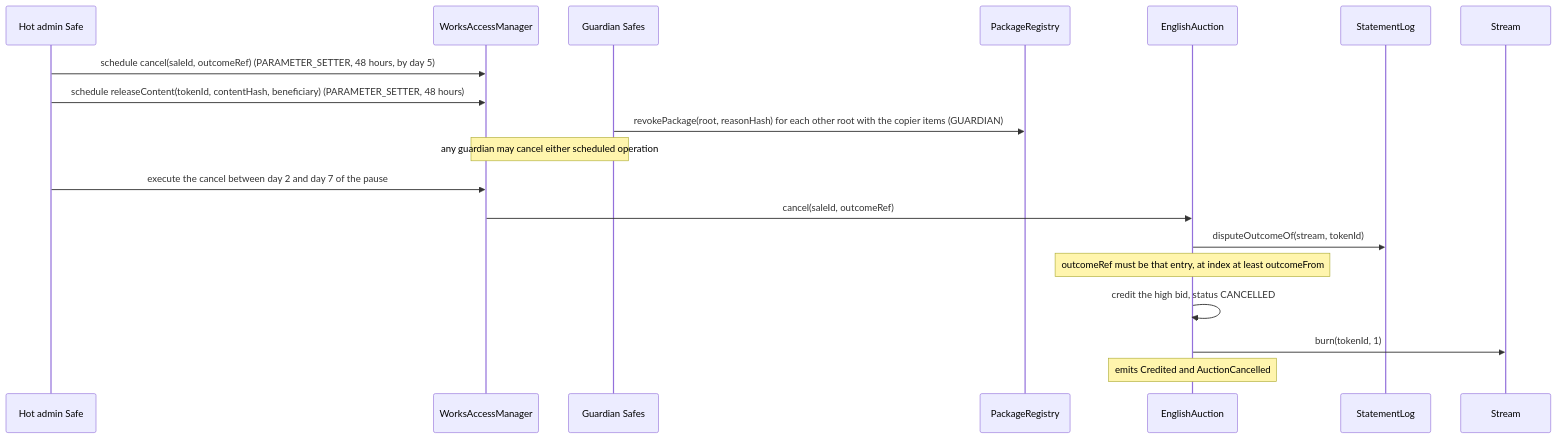
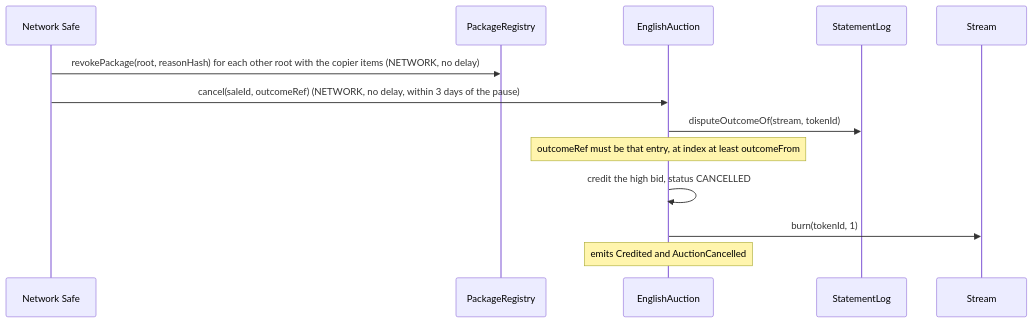
The fourth of 9 diagrams in docs/spec/disputes-and-statements.md (6529-Collections/6529-works), drawn with Mermaid before and after one commit. The commit also changed other lines of this file and 352 other files, not shown here.

````diff
--- a/docs/spec/disputes-and-statements.md
+++ b/docs/spec/disputes-and-statements.md
@@ -278,21 +277,15 @@
 ```mermaid
 sequenceDiagram
-    participant S as Hot admin Safe
-    participant M as WorksAccessManager
-    participant G as Guardian Safes
+    participant S as Network Safe
     participant R as PackageRegistry
     participant A as EnglishAuction
     participant L as StatementLog
     participant T as Stream
-    S->>M: schedule cancel(saleId, outcomeRef) (PARAMETER_SETTER, 48 hours, by day 5)
-    S->>M: schedule releaseContent(tokenId, contentHash, beneficiary) (PARAMETER_SETTER, 48 hours)
-    G->>R: revokePackage(root, reasonHash) for each other root with the copier items (GUARDIAN)
-    Note over G,M: any guardian may cancel either scheduled operation
-    S->>M: execute the cancel between day 2 and day 7 of the pause
-    M->>A: cancel(saleId, outcomeRef)
+    S->>R: revokePackage(root, reasonHash) for each other root with the copier items (NETWORK, no delay)
+    S->>A: cancel(saleId, outcomeRef) (NETWORK, no delay, within 3 days of the pause)
     A->>L: disputeOutcomeOf(stream, tokenId)
     Note over A: outcomeRef must be that entry, at index at least outcomeFrom
     A->>A: credit the high bid, status CANCELLED
     A->>T: burn(tokenId, 1)
     Note over A: emits Credited and AuctionCancelled
 ```
````
